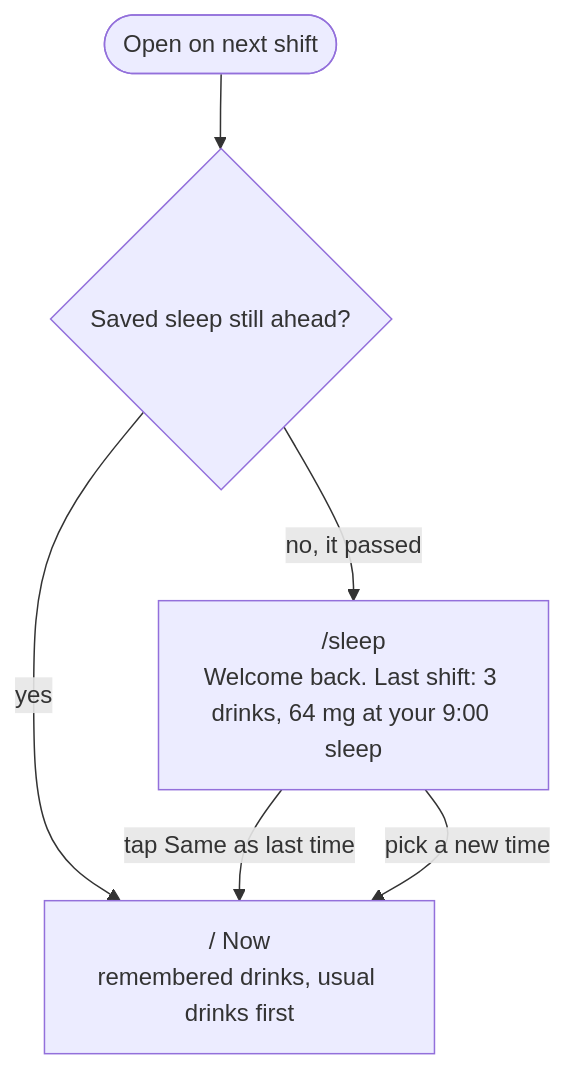
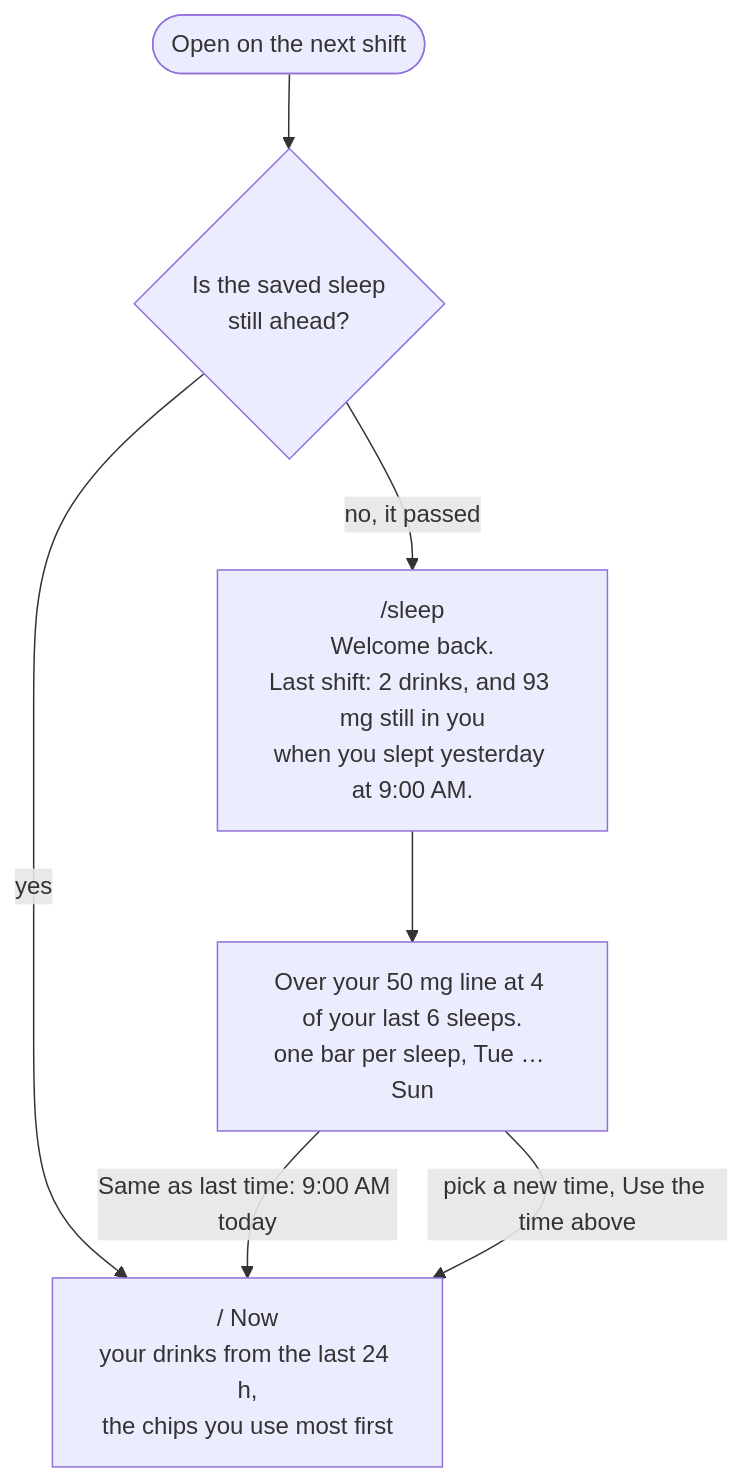
One commit to nocturnalvigilante/design_ship_build_homework_3 changed the fifth of 5 diagrams in flows.md. Above: the diagram before and after it, drawn with Mermaid. The commit also changed other lines of this file, not shown here.

First line of the commit message:
flows: redraw from the code's real wording; add a routes-and-nav map; split the form's errors out

````diff
--- a/flows.md
+++ b/flows.md
@@ -54,8 +76,9 @@
 ```mermaid
 flowchart TD
-  A([Open on next shift]) --> B{Saved sleep still ahead?}
-  B -- yes --> N["/ Now<br/>remembered drinks, usual drinks first"]
-  B -- no, it passed --> S["/sleep<br/>Welcome back. Last shift: 3 drinks, 64 mg at your 9:00 sleep"]
-  S -- tap Same as last time --> N
-  S -- pick a new time --> N
+  A([Open on the next shift]) --> B{"Is the saved sleep<br/>still ahead?"}
+  B -- "yes" --> N["/ Now<br/>your drinks from the last 24 h,<br/>the chips you use most first"]
+  B -- "no, it passed" --> S["/sleep<br/>Welcome back.<br/>Last shift: 2 drinks, and 93 mg still in you<br/>when you slept yesterday at 9:00 AM."]
+  S --> P["Over your 50 mg line at 4 of your last 6 sleeps.<br/>one bar per sleep, Tue … Sun"]
+  P -- "Same as last time: 9:00 AM today" --> N
+  P -- "pick a new time, Use the time above" --> N
 ```
````
